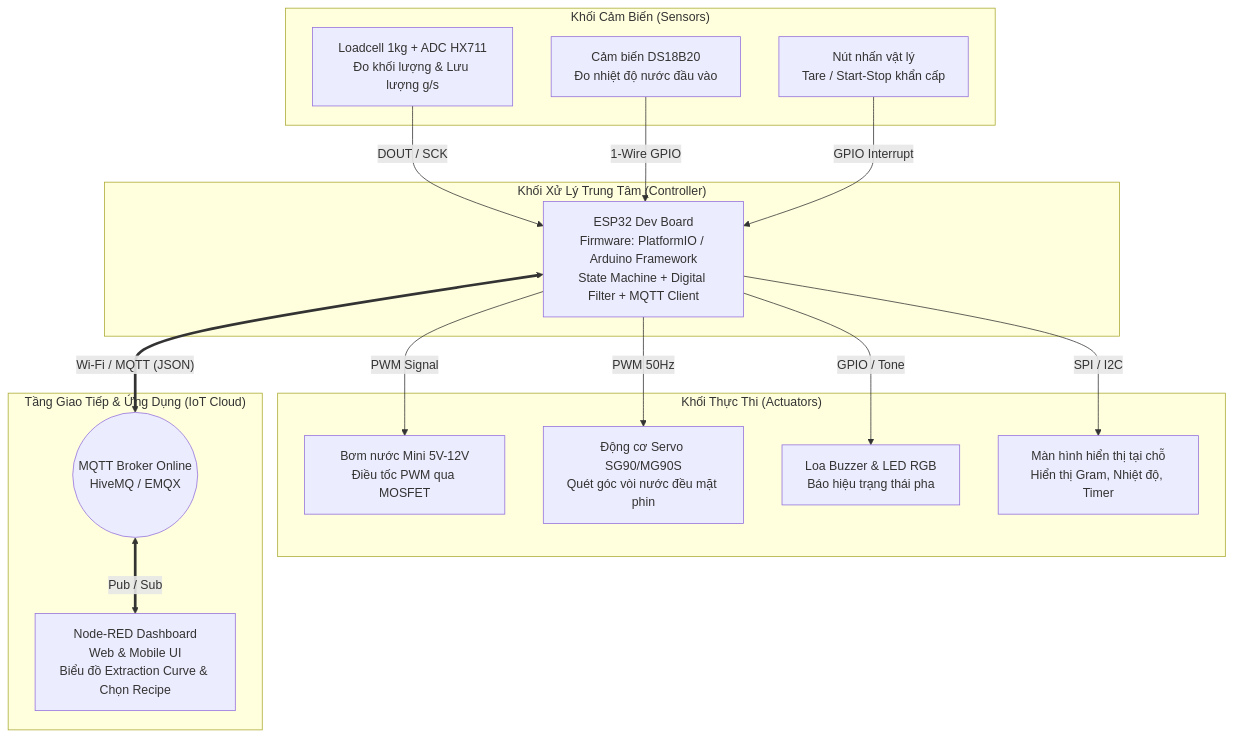
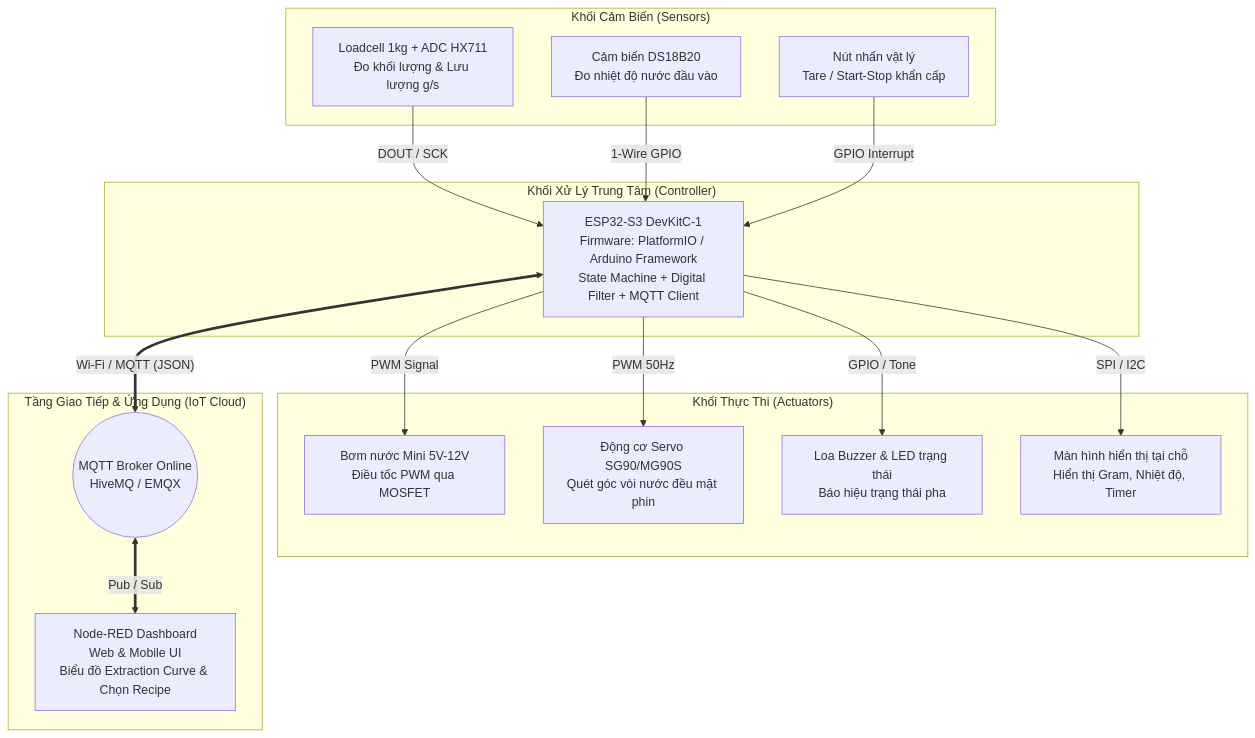
One commit to quangtd8000/phy3604_iotappsdev changed the first of 2 diagrams in README.md. Above: the diagram before and after it, drawn with Mermaid. The commit also changed other lines of this file and 6 other files, not shown here.

Commit message:
Update target to ESP32-S3, adjust pinout, and remove roadmap section

````diff
--- a/README.md
+++ b/README.md
@@ -46,36 +46,36 @@
 ```mermaid
 graph TB
     subgraph "Khối Cảm Biến (Sensors)"
         LC[Loadcell 1kg + ADC HX711<br/>Đo khối lượng & Lưu lượng g/s]
         TEMP[Cảm biến DS18B20<br/>Đo nhiệt độ nước đầu vào]
         BTN[Nút nhấn vật lý<br/>Tare / Start-Stop khẩn cấp]
     end
 
     subgraph "Khối Xử Lý Trung Tâm (Controller)"
-        ESP[ESP32 Dev Board<br/>Firmware: PlatformIO / Arduino Framework<br/>State Machine + Digital Filter + MQTT Client]
+        ESP[ESP32-S3 DevKitC-1<br/>Firmware: PlatformIO / Arduino Framework<br/>State Machine + Digital Filter + MQTT Client]
     end
 
     subgraph "Khối Thực Thi (Actuators)"
         PUMP[Bơm nước Mini 5V-12V<br/>Điều tốc PWM qua MOSFET]
         SERVO[Động cơ Servo SG90/MG90S<br/>Quét góc vòi nước đều mặt phin]
-        AUDIO[Loa Buzzer & LED RGB<br/>Báo hiệu trạng thái pha]
+        AUDIO[Loa Buzzer & LED trạng thái<br/>Báo hiệu trạng thái pha]
         TFT[Màn hình hiển thị tại chỗ<br/>Hiển thị Gram, Nhiệt độ, Timer]
     end
 
     subgraph "Tầng Giao Tiếp & Ứng Dụng (IoT Cloud)"
         BROKER((MQTT Broker Online<br/>HiveMQ / EMQX))
         NODERED[Node-RED Dashboard<br/>Web & Mobile UI<br/>Biểu đồ Extraction Curve & Chọn Recipe]
     end
 
     LC -->|DOUT / SCK| ESP
     TEMP -->|1-Wire GPIO| ESP
     BTN -->|GPIO Interrupt| ESP
 
     ESP -->|PWM Signal| PUMP
     ESP -->|PWM 50Hz| SERVO
     ESP -->|GPIO / Tone| AUDIO
     ESP -->|SPI / I2C| TFT
 
     ESP <==>|"Wi-Fi / MQTT (JSON)"| BROKER
     BROKER <==>|"Pub / Sub"| NODERED
 ```
````
